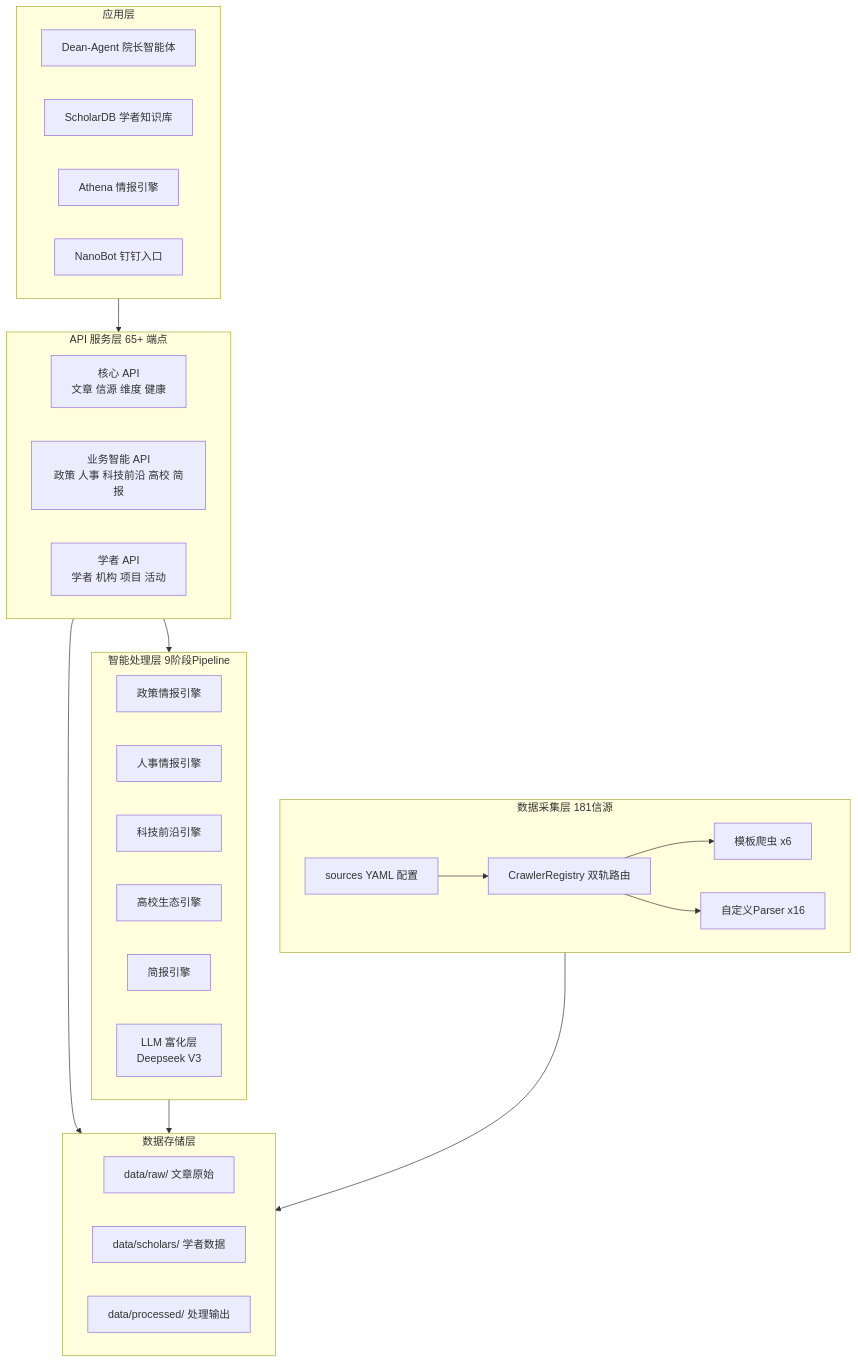
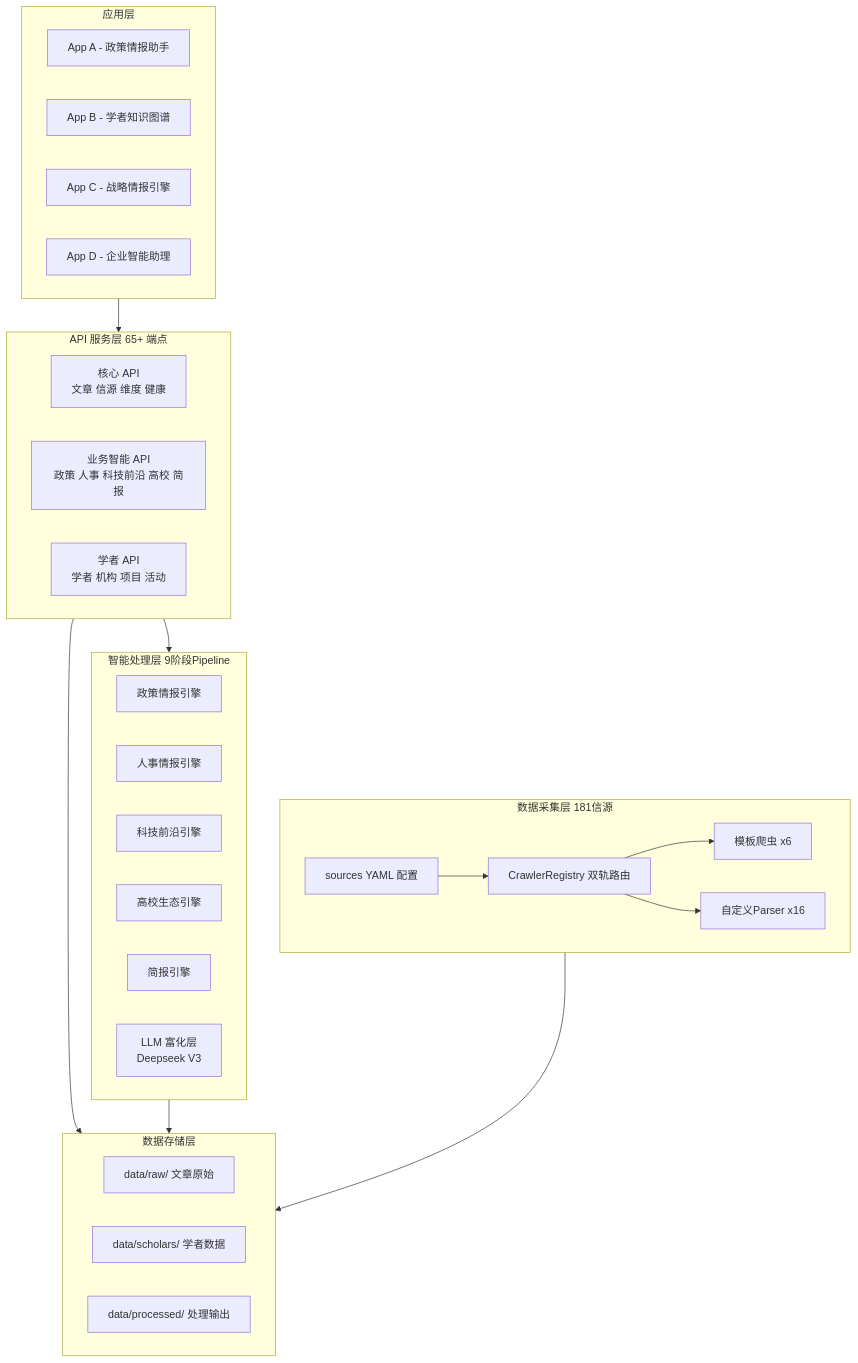
One commit to Ryder-MHumble/Nexus changed the first of 2 diagrams in docs/architecture.md. Above: the diagram before and after it, drawn with Mermaid. The commit also changed other lines of this file and 36 other files, not shown here.

````diff
--- a/docs/architecture.md
+++ b/docs/architecture.md
@@ -39,44 +39,44 @@
 ```mermaid
 graph TB
     subgraph APP["应用层"]
-        DA["Dean-Agent 院长智能体"]
-        SDB["ScholarDB 学者知识库"]
-        ATH["Athena 情报引擎"]
-        NB["NanoBot 钉钉入口"]
+        DA["App A - 政策情报助手"]
+        SDB["App B - 学者知识图谱"]
+        ATH["App C - 战略情报引擎"]
+        NB["App D - 企业智能助理"]
     end
 
     subgraph API["API 服务层 65+ 端点"]
         CORE["核心 API\n文章 信源 维度 健康"]
         INTEL["业务智能 API\n政策 人事 科技前沿 高校 简报"]
         SCHOLAR["学者 API\n学者 机构 项目 活动"]
     end
 
     subgraph PROC["智能处理层 9阶段Pipeline"]
         PE["政策情报引擎"]
         PP["人事情报引擎"]
         TE["科技前沿引擎"]
         UE["高校生态引擎"]
         BE["简报引擎"]
         LLM["LLM 富化层\nDeepseek V3"]
     end
 
     subgraph STORE["数据存储层"]
         RAW["data/raw/ 文章原始"]
         SCH["data/scholars/ 学者数据"]
         PRO["data/processed/ 处理输出"]
     end
 
     subgraph INGEST["数据采集层 181信源"]
         YAML["sources YAML 配置"]
         REG["CrawlerRegistry 双轨路由"]
         TPL["模板爬虫 x6"]
         PSR["自定义Parser x16"]
     end
 
     APP --> API
     API --> PROC
     API --> STORE
     PROC --> STORE
     INGEST --> STORE
     YAML --> REG --> TPL & PSR
 ```
````
